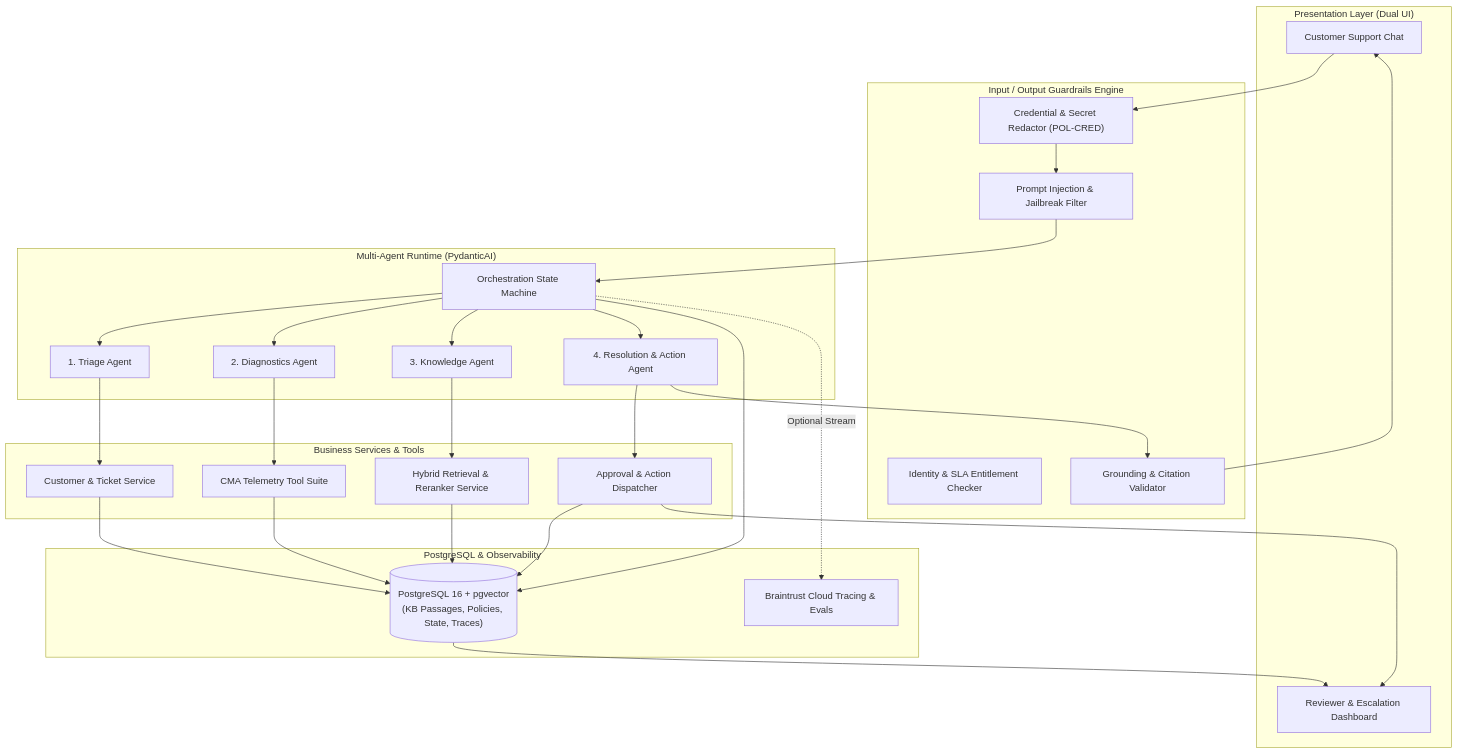
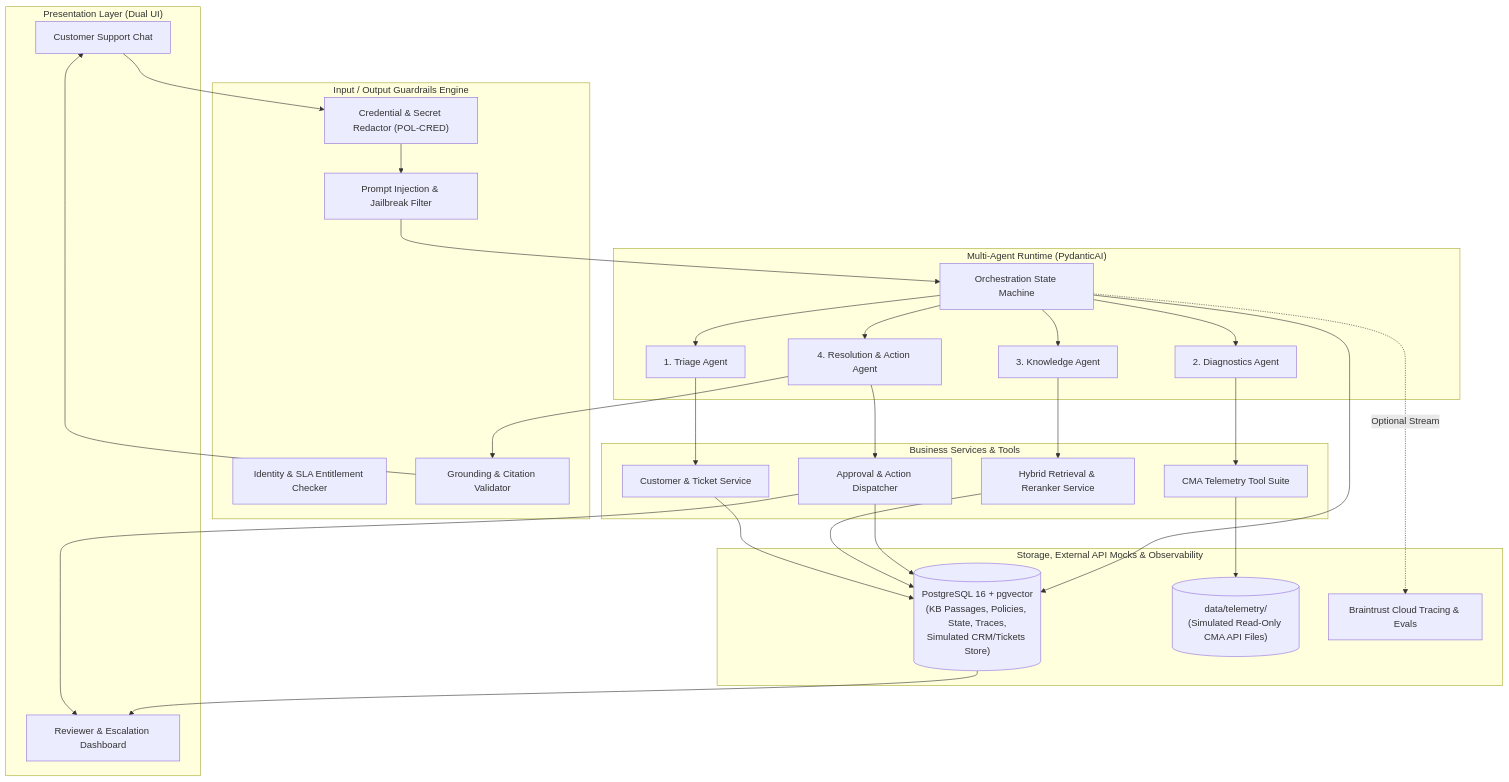
The first of 5 diagrams in docs/architecture/system-architecture-design.md (yaara-manor/cato-networks), drawn with Mermaid before and after one commit. The commit also changed other lines of this file and 2 other files, not shown here.

````diff
--- a/docs/architecture/system-architecture-design.md
+++ b/docs/architecture/system-architecture-design.md
@@ -50,60 +50,61 @@
 ```mermaid
 flowchart TD
     subgraph UI_Layer["Presentation Layer (Dual UI)"]
         CustomerChat["Customer Support Chat"]
         ReviewerDashboard["Reviewer & Escalation Dashboard"]
     end
 
     subgraph Security_Gate["Input / Output Guardrails Engine"]
         Redactor["Credential & Secret Redactor (POL-CRED)"]
         InjectionDetector["Prompt Injection & Jailbreak Filter"]
         EntitlementValidator["Identity & SLA Entitlement Checker"]
         CitationVerifier["Grounding & Citation Validator"]
     end
 
     subgraph Agent_Core["Multi-Agent Runtime (PydanticAI)"]
         TriageAgent["1. Triage Agent"]
         DiagAgent["2. Diagnostics Agent"]
         KBAgent["3. Knowledge Agent"]
         ResolAgent["4. Resolution & Action Agent"]
         StateMachine["Orchestration State Machine"]
     end
 
     subgraph Services_Layer["Business Services & Tools"]
         CustService["Customer & Ticket Service"]
         TelemetryService["CMA Telemetry Tool Suite"]
         RAGService["Hybrid Retrieval & Reranker Service"]
         ApprovalService["Approval & Action Dispatcher"]
     end
 
-    subgraph Storage_Layer["PostgreSQL & Observability"]
-        PG_DB[("PostgreSQL 16 + pgvector\n(KB Passages, Policies, State, Traces)")]
+    subgraph Storage_Layer["Storage, External API Mocks & Observability"]
+        PG_DB[("PostgreSQL 16 + pgvector\n(KB Passages, Policies, State, Traces,\nSimulated CRM/Tickets Store)")]
+        TelemetryFiles[("data/telemetry/\n(Simulated Read-Only CMA API Files)")]
         Braintrust["Braintrust Cloud Tracing & Evals"]
     end
 
     CustomerChat --> Redactor
     Redactor --> InjectionDetector
     InjectionDetector --> StateMachine
 
     StateMachine --> TriageAgent
     StateMachine --> DiagAgent
     StateMachine --> KBAgent
     StateMachine --> ResolAgent
 
     TriageAgent --> CustService
     DiagAgent --> TelemetryService
     KBAgent --> RAGService
     ResolAgent --> ApprovalService
 
     CustService --> PG_DB
-    TelemetryService --> PG_DB
+    TelemetryService --> TelemetryFiles
     RAGService --> PG_DB
     ApprovalService --> PG_DB
     StateMachine --> PG_DB
     StateMachine -. "Optional Stream" .-> Braintrust
 
     ResolAgent --> CitationVerifier
     CitationVerifier --> CustomerChat
     ApprovalService --> ReviewerDashboard
     PG_DB --> ReviewerDashboard
 ```
````
